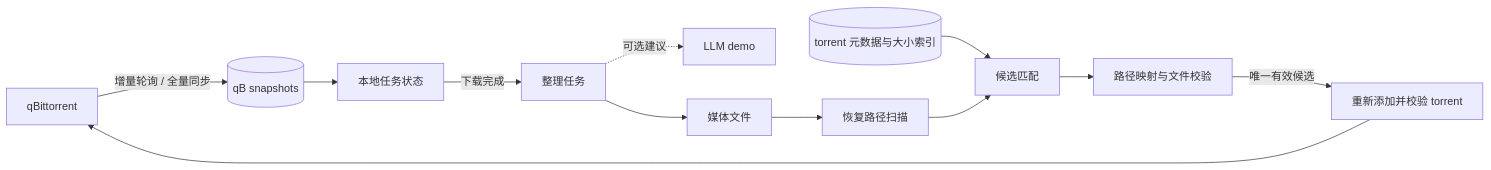
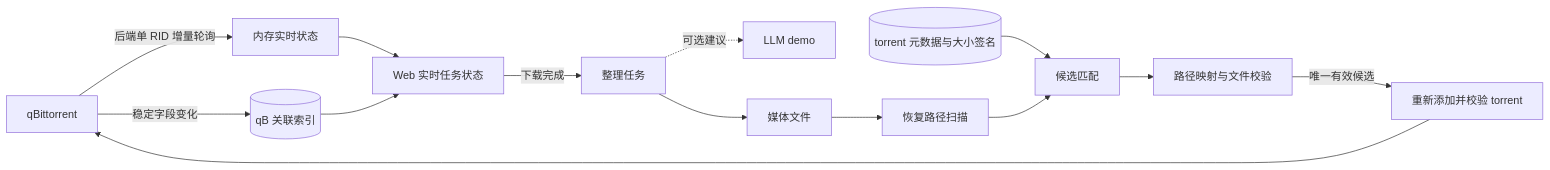
The sixth of 7 diagrams in docs/architecture.md (Huffer342-WSH/NexusBridge), drawn with Mermaid before and after one commit. The commit also changed other lines of this file and 49 other files, not shown here.

````diff
--- a/docs/architecture.md
+++ b/docs/architecture.md
@@ -213,15 +217,17 @@
 ```mermaid
 flowchart LR
-    QB[qBittorrent] -->|增量轮询 / 全量同步| Snapshot[(qB snapshots)]
-    Snapshot --> Status[本地任务状态]
+    QB[qBittorrent] -->|后端单 RID 增量轮询| Runtime[内存实时状态]
+    Runtime --> Status[Web 实时任务状态]
+    QB -->|稳定字段变化| Association[(qB 关联索引)]
+    Association --> Status
     Status -->|下载完成| Organize[整理任务]
     Organize -.->|可选建议| LLM[LLM demo]
     Organize --> Files[媒体文件]
 
     Files --> Scan[恢复路径扫描]
-    TorrentIndex[(torrent 元数据与大小索引)] --> Match[候选匹配]
+    TorrentIndex[(torrent 元数据与大小签名)] --> Match[候选匹配]
     Scan --> Match
     Match --> Validate[路径映射与文件校验]
     Validate -->|唯一有效候选| ReAdd[重新添加并校验 torrent]
     ReAdd --> QB
 ```
````
